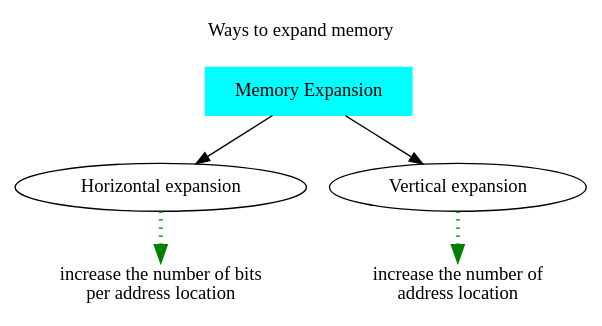
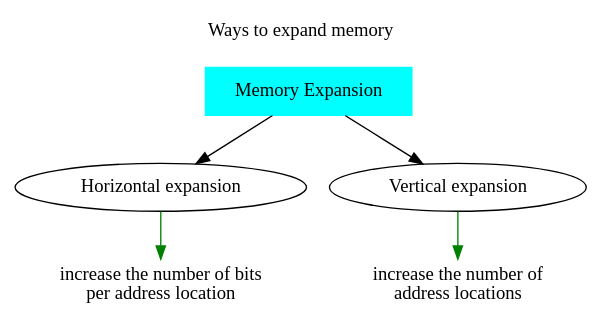
One commit to supremeimposter/My-Vault changed the first of 2 diagrams in GATE/Computer-Organization-and-Architecture/Basic-components-of-computer-and-main-memory/Memory Interfacing and Expansion.md. Above: the diagram before and after it, drawn with Graphviz. The commit also changed other lines of this file and 2 other files, not shown here.

````diff
--- a/GATE/Computer-Organization-and-Architecture/Basic-components-of-computer-and-main-memory/Memory Interfacing and Expansion.md
+++ b/GATE/Computer-Organization-and-Architecture/Basic-components-of-computer-and-main-memory/Memory Interfacing and Expansion.md
@@ -30,17 +43,17 @@
 ```dot
 digraph G{
 	label = "Ways to expand memory\n\n";
 	labelloc = "t";
 
 	a [label = "Memory Expansion" shape="box" style="filled" color = "cyan"];
 	b [label = "Horizontal expansion"];
 	c [label = "Vertical expansion"];
 	d [label = "increase the number of bits\nper address location" shape="plaintext"];
-	e [label = "increase the number of \naddress location" shape="plaintext"];
+	e [label = "increase the number of \naddress locations" shape="plaintext"];
 
 	a -> b;
 	a -> c;
-	b -> d [color = green, style=dotted penwidth=3.0];
-	c -> e [color = green, style=dotted penwidth=3.0];
+	b -> d [color = green, style=filled];
+	c -> e [color = green, style=filled];
 }
 ```
````
